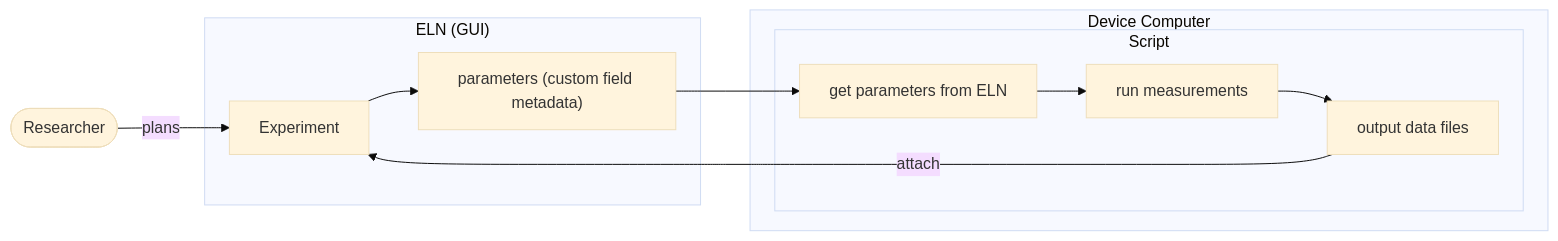
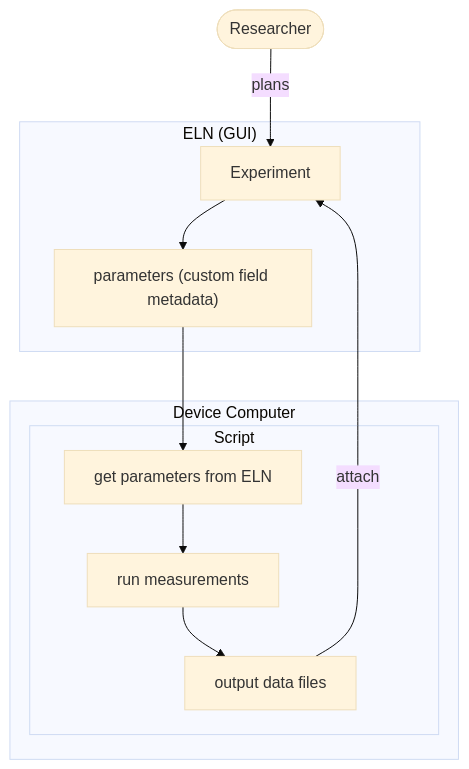
Before and after one commit to nap84/eLabFTW-API-for-Researchers: the diagram in episodes/04_working_with_data.md, drawn with Mermaid (base theme).

Commit message:
change chart to td

````diff
--- a/episodes/04_working_with_data.md
+++ b/episodes/04_working_with_data.md
@@ -30,27 +30,27 @@
 ```mermaid
 ---
 config:
   layout: fixed
 ---
-flowchart LR
+flowchart 
 accTitle: Schematic workflow for working with data from the ELN
 
  subgraph s4["ELN (GUI)"]
         n3["Experiment"]
         n11["parameters (custom field metadata)"]
   end
  subgraph s3["Script"]
         n10["get parameters from ELN"]
         n6["output data files"]
         n5["run measurements"]
   end
  subgraph s2["Device Computer"]
         s3
   end
     n5 --> n6
     n6 -- attach --> n3
     n3 --> n11
     n10 --> n5
     n11 --> n10
     n12(["Researcher"]) -- plans --> n3
 ```
````
